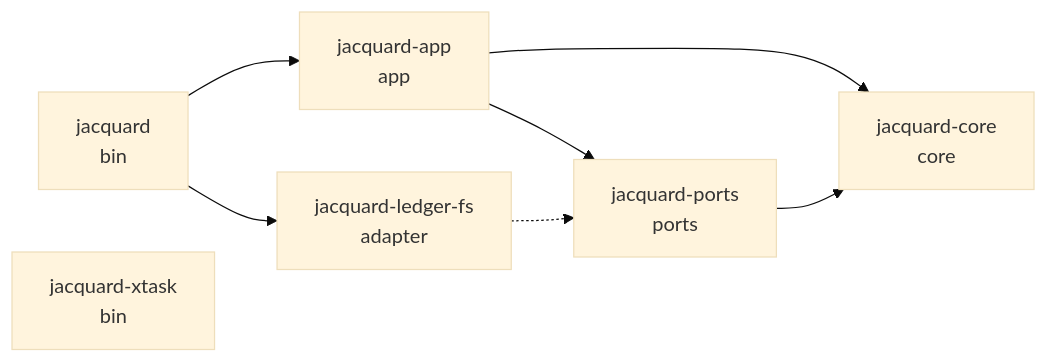
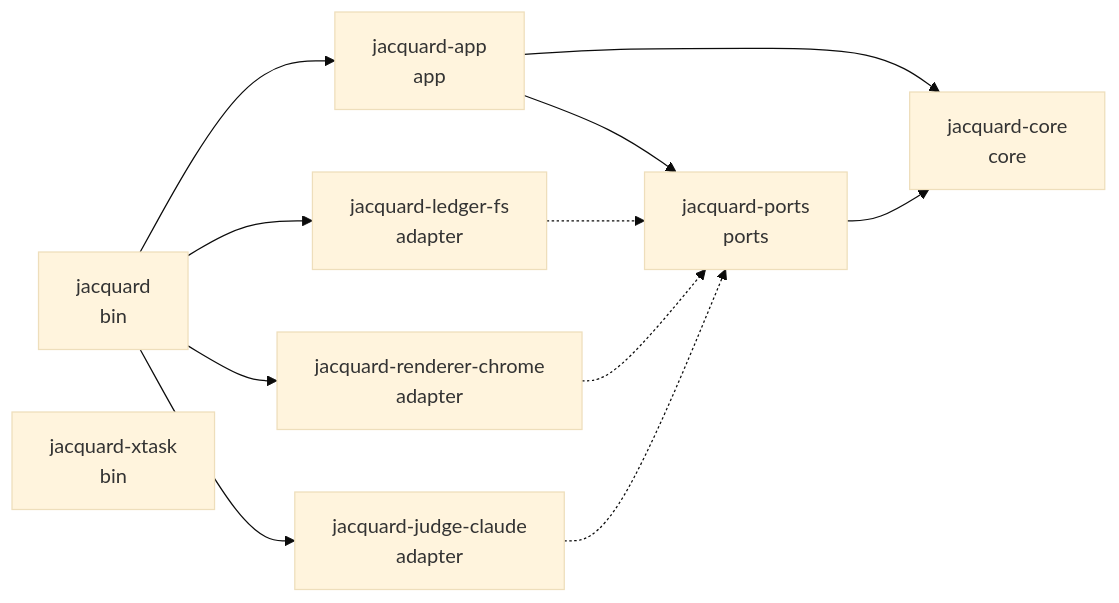
Before and after one commit to kmosoti/Jacquard: the diagram in docs/architecture/hexagon.md, drawn with Mermaid (base theme). The commit also changed other lines of this file and 2 other files, not shown here.

````diff
--- a/docs/architecture/hexagon.md
+++ b/docs/architecture/hexagon.md
@@ -5,10 +5,14 @@
 ```mermaid
 flowchart LR
     cli["jacquard<br/>bin"] --> app["jacquard-app<br/>app"]
     cli --> ledger["jacquard-ledger-fs<br/>adapter"]
+    cli --> chrome["jacquard-renderer-chrome<br/>adapter"]
+    cli --> claude["jacquard-judge-claude<br/>adapter"]
     xtask["jacquard-xtask<br/>bin"]
     app --> core["jacquard-core<br/>core"]
     app --> ports["jacquard-ports<br/>ports"]
     ledger -.-> ports
+    chrome -.-> ports
+    claude -.-> ports
     ports --> core
 ```
````
